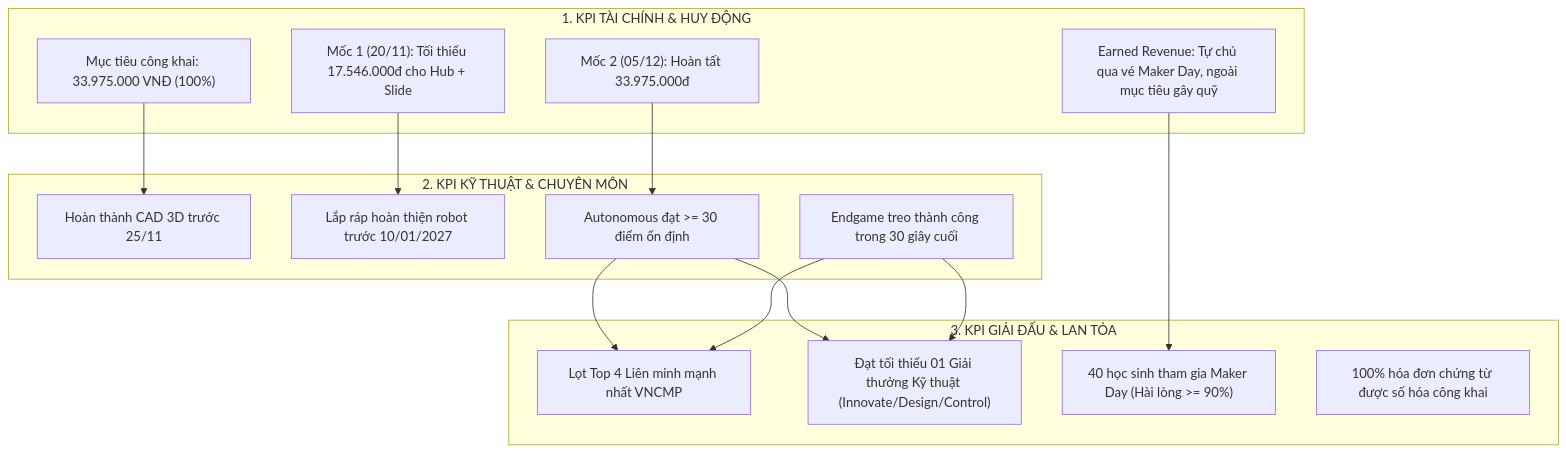
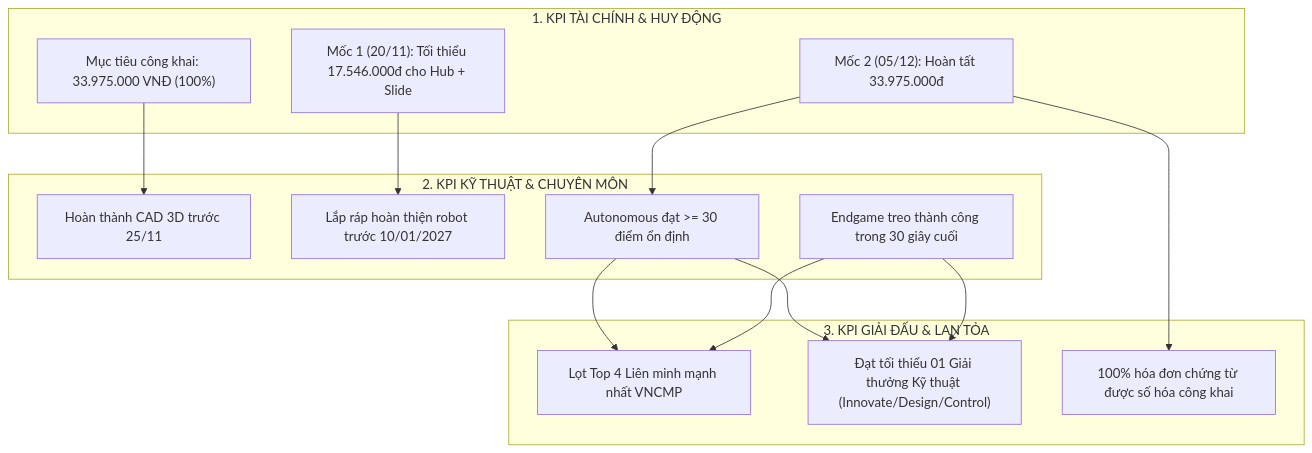
Before and after one commit to Minhmice/roboticssocson: the third of 5 diagrams in docs/campaign-2026-2027/13-lo-trinh-phan-cong-kpi-rui-ro.md, drawn with Mermaid. The commit also changed other lines of this file and 367 other files, not shown here.

````diff
--- a/docs/campaign-2026-2027/13-lo-trinh-phan-cong-kpi-rui-ro.md
+++ b/docs/campaign-2026-2027/13-lo-trinh-phan-cong-kpi-rui-ro.md
@@ -110,26 +106,24 @@
 ```mermaid
 flowchart TD
     subgraph KPI_TÀI_CHÍNH["1. KPI TÀI CHÍNH & HUY ĐỘNG"]
         K1["Mục tiêu công khai: 33.975.000 VNĐ (100%)"]
         K2["Mốc 1 (20/11): Tối thiểu 17.546.000đ cho Hub + Slide"]
         K3["Mốc 2 (05/12): Hoàn tất 33.975.000đ"]
-        K4["Earned Revenue: Tự chủ qua vé Maker Day, ngoài mục tiêu gây quỹ"]
     end
     subgraph KPI_KỸ_THUẬT["2. KPI KỸ THUẬT & CHUYÊN MÔN"]
         K5["Hoàn thành CAD 3D trước 25/11"]
         K6["Lắp ráp hoàn thiện robot trước 10/01/2027"]
         K7["Autonomous đạt >= 30 điểm ổn định"]
         K8["Endgame treo thành công trong 30 giây cuối"]
     end
     subgraph KPI_THI_ĐẤU["3. KPI GIẢI ĐẤU & LAN TỎA"]
         K9["Lọt Top 4 Liên minh mạnh nhất VNCMP"]
         K10["Đạt tối thiểu 01 Giải thưởng Kỹ thuật (Innovate/Design/Control)"]
-        K11["40 học sinh tham gia Maker Day (Hài lòng >= 90%)"]
         K12["100% hóa đơn chứng từ được số hóa công khai"]
     end
     K1 --> K5
     K2 --> K6
     K3 --> K7
-    K4 --> K11
+    K3 --> K12
     K7 & K8 --> K9 & K10
 ```
````
